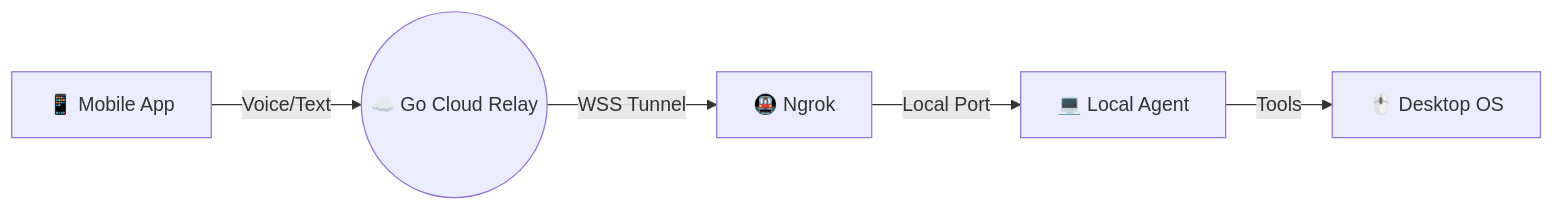
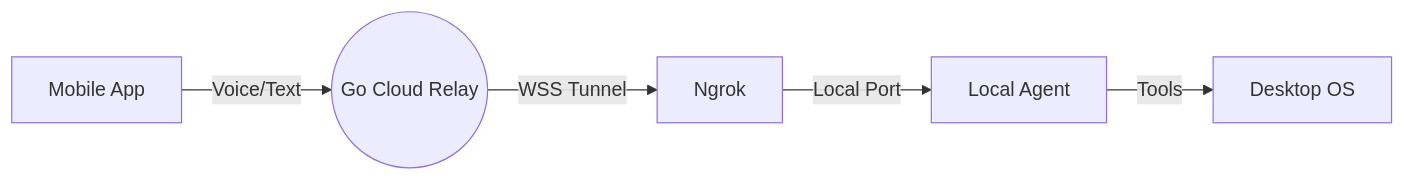
Before and after one commit to ojaswi1234/Voila_Voice: the first of 3 diagrams in README.md, drawn with Mermaid. The commit also changed other lines of this file, not shown here.

Commit message:
fix: strip emojis from mermaid flowcharts to resolve github parsing errors

````diff
--- a/README.md
+++ b/README.md
@@ -16,7 +16,7 @@
 ```mermaid
 flowchart LR
-    User[📱 Mobile App] -- Voice/Text --> Relay((☁️ Go Cloud Relay))
-    Relay -- WSS Tunnel --> Ngrok[🚇 Ngrok]
-    Ngrok -- Local Port --> Agent[💻 Local Agent]
-    Agent -- Tools --> UI[🖱️ Desktop OS]
+    User[ Mobile App] -- Voice/Text --> Relay(( Go Cloud Relay))
+    Relay -- WSS Tunnel --> Ngrok[ Ngrok]
+    Ngrok -- Local Port --> Agent[ Local Agent]
+    Agent -- Tools --> UI[ Desktop OS]
 ```
````
